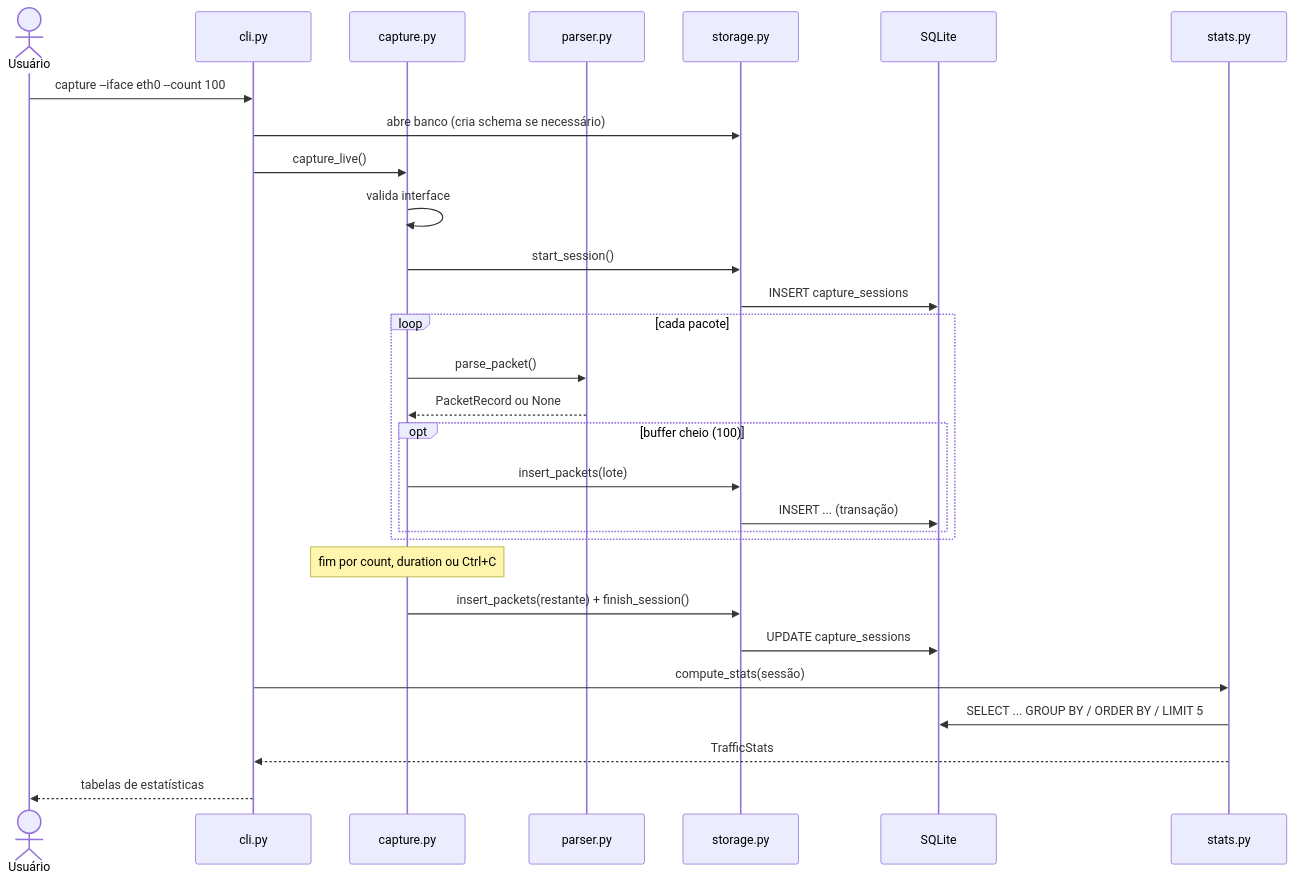
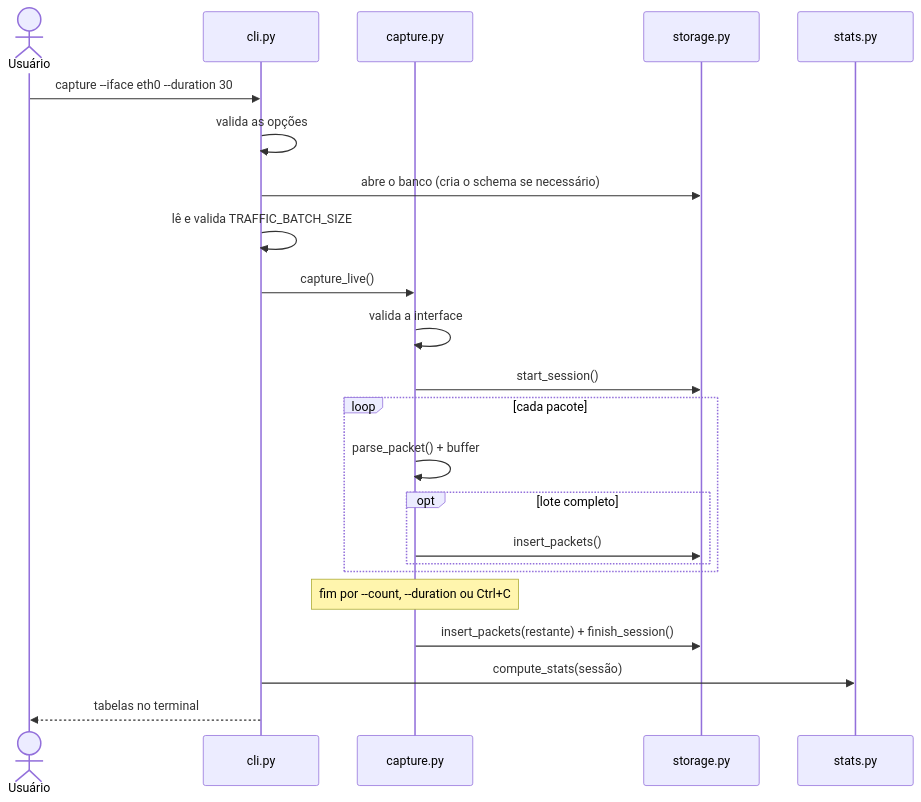
Before and after one commit to brunodrapalski-hue/Analizador-de-trafego: the second of 2 diagrams in docs/arquitetura.md, drawn with Mermaid. The commit also changed other lines of this file and 10 other files, not shown here.

````diff
--- a/docs/arquitetura.md
+++ b/docs/arquitetura.md
@@ -63,32 +36,26 @@
 ```mermaid
 sequenceDiagram
     actor U as Usuário
     participant CLI as cli.py
     participant CAP as capture.py
-    participant PRS as parser.py
     participant STO as storage.py
-    participant DB as SQLite
     participant STA as stats.py
 
-    U->>CLI: capture --iface eth0 --count 100
-    CLI->>STO: abre banco (cria schema se necessário)
+    U->>CLI: capture --iface eth0 --duration 30
+    CLI->>CLI: valida as opções
+    CLI->>STO: abre o banco (cria o schema se necessário)
+    CLI->>CLI: lê e valida TRAFFIC_BATCH_SIZE
     CLI->>CAP: capture_live()
-    CAP->>CAP: valida interface
+    CAP->>CAP: valida a interface
     CAP->>STO: start_session()
-    STO->>DB: INSERT capture_sessions
     loop cada pacote
-        CAP->>PRS: parse_packet()
-        PRS-->>CAP: PacketRecord ou None
-        opt buffer cheio (100)
-            CAP->>STO: insert_packets(lote)
-            STO->>DB: INSERT ... (transação)
+        CAP->>CAP: parse_packet() + buffer
+        opt lote completo
+            CAP->>STO: insert_packets()
         end
     end
-    Note over CAP: fim por count, duration ou Ctrl+C
+    Note over CAP: fim por --count, --duration ou Ctrl+C
     CAP->>STO: insert_packets(restante) + finish_session()
-    STO->>DB: UPDATE capture_sessions
     CLI->>STA: compute_stats(sessão)
-    STA->>DB: SELECT ... GROUP BY / ORDER BY / LIMIT 5
-    STA-->>CLI: TrafficStats
-    CLI-->>U: tabelas de estatísticas
+    CLI-->>U: tabelas no terminal
 ```
````
